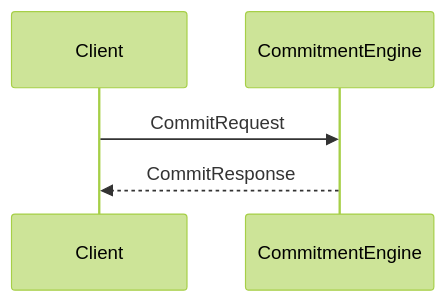
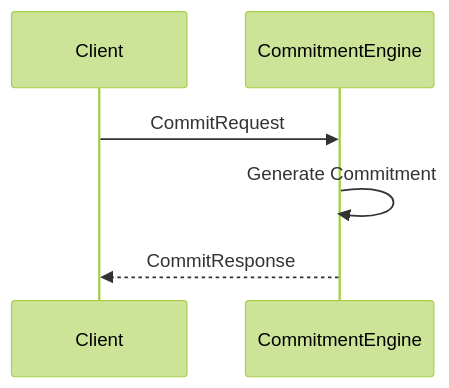
One commit to anoma/nspec changed the diagram in docs/node_architecture/engines/commitment_overview.juvix.md. Above: the diagram before and after it, drawn with Mermaid (forest theme). The commit also changed other lines of this file and 31 other files, not shown here.

````diff
--- a/docs/node_architecture/engines/commitment_overview.juvix.md
+++ b/docs/node_architecture/engines/commitment_overview.juvix.md
@@ -79,8 +82,9 @@
 ```mermaid
 sequenceDiagram
     participant Client
     participant CommitmentEngine
 
     Client ->> CommitmentEngine: CommitRequest
+    CommitmentEngine ->> CommitmentEngine: Generate Commitment
     CommitmentEngine -->> Client: CommitResponse
 ```
````
